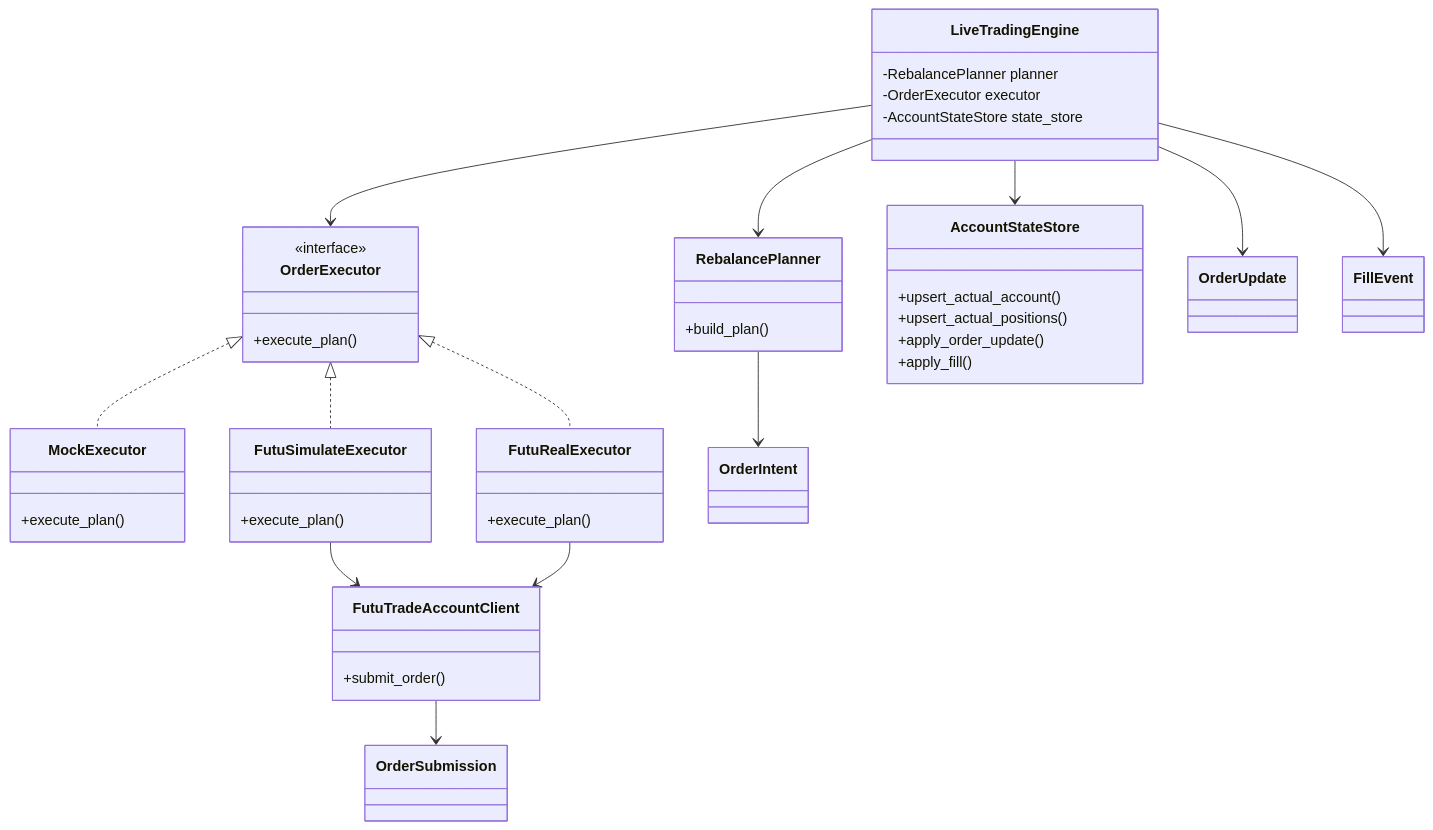
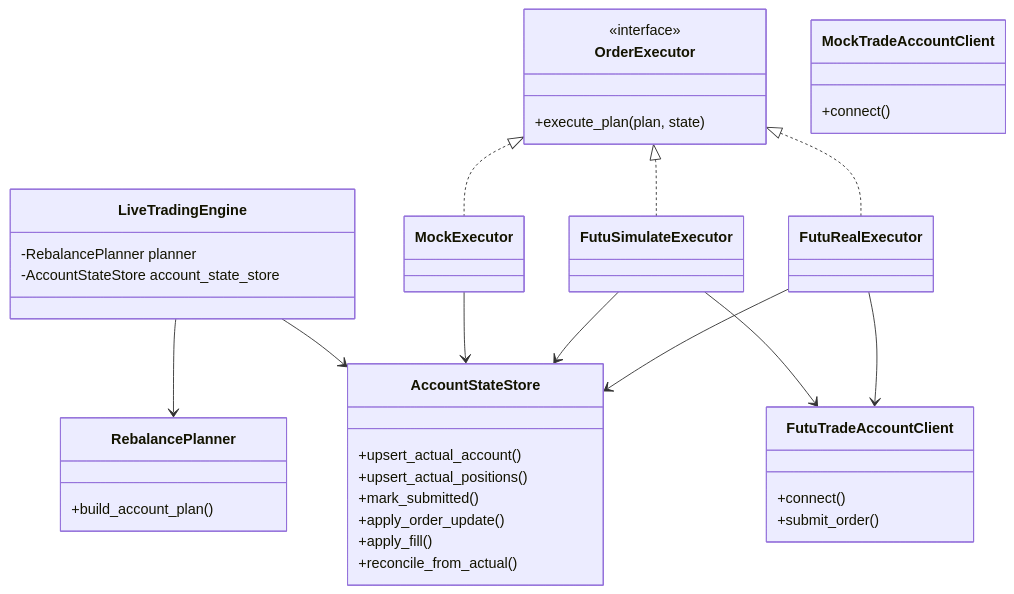
One commit to hangchow/backtest changed the first of 3 diagrams in docs/README_livetrading_real_order_plan.md. Above: the diagram before and after it, drawn with Mermaid. The commit also changed other lines of this file and 33 other files, not shown here.

Commit message:
Refactor livetrading config and execution flow

````diff
--- a/docs/README_livetrading_real_order_plan.md
+++ b/docs/README_livetrading_real_order_plan.md
@@ -318,58 +118,49 @@
 ```mermaid
 classDiagram
     class LiveTradingEngine {
         -RebalancePlanner planner
-        -OrderExecutor executor
-        -AccountStateStore state_store
+        -AccountStateStore account_state_store
     }
 
     class RebalancePlanner {
-        +build_plan()
+        +build_account_plan()
     }
 
     class OrderExecutor {
         <<interface>>
-        +execute_plan()
+        +execute_plan(plan, state)
     }
 
-    class MockExecutor {
-        +execute_plan()
-    }
-
-    class FutuSimulateExecutor {
-        +execute_plan()
-    }
-
-    class FutuRealExecutor {
-        +execute_plan()
-    }
-
-    class FutuTradeAccountClient {
-        +submit_order()
-    }
+    class MockExecutor
+    class FutuSimulateExecutor
+    class FutuRealExecutor
 
     class AccountStateStore {
         +upsert_actual_account()
         +upsert_actual_positions()
+        +mark_submitted()
         +apply_order_update()
         +apply_fill()
+        +reconcile_from_actual()
     }
 
-    class OrderIntent
-    class OrderSubmission
-    class OrderUpdate
-    class FillEvent
+    class MockTradeAccountClient {
+        +connect()
+    }
+
+    class FutuTradeAccountClient {
+        +connect()
+        +submit_order()
+    }
 
     LiveTradingEngine --> RebalancePlanner
-    LiveTradingEngine --> OrderExecutor
     LiveTradingEngine --> AccountStateStore
     OrderExecutor <|.. MockExecutor
     OrderExecutor <|.. FutuSimulateExecutor
     OrderExecutor <|.. FutuRealExecutor
     FutuSimulateExecutor --> FutuTradeAccountClient
     FutuRealExecutor --> FutuTradeAccountClient
-    RebalancePlanner --> OrderIntent
-    FutuTradeAccountClient --> OrderSubmission
-    LiveTradingEngine --> OrderUpdate
-    LiveTradingEngine --> FillEvent
+    MockExecutor --> AccountStateStore
+    FutuSimulateExecutor --> AccountStateStore
+    FutuRealExecutor --> AccountStateStore
 ```
````
